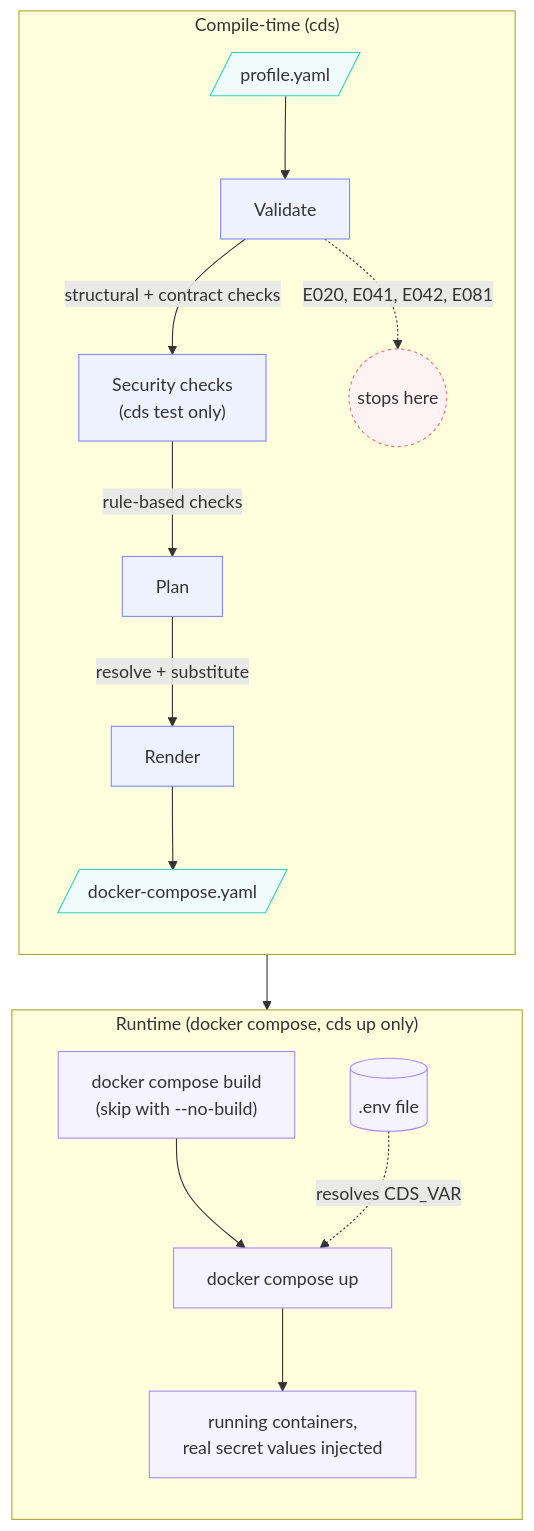
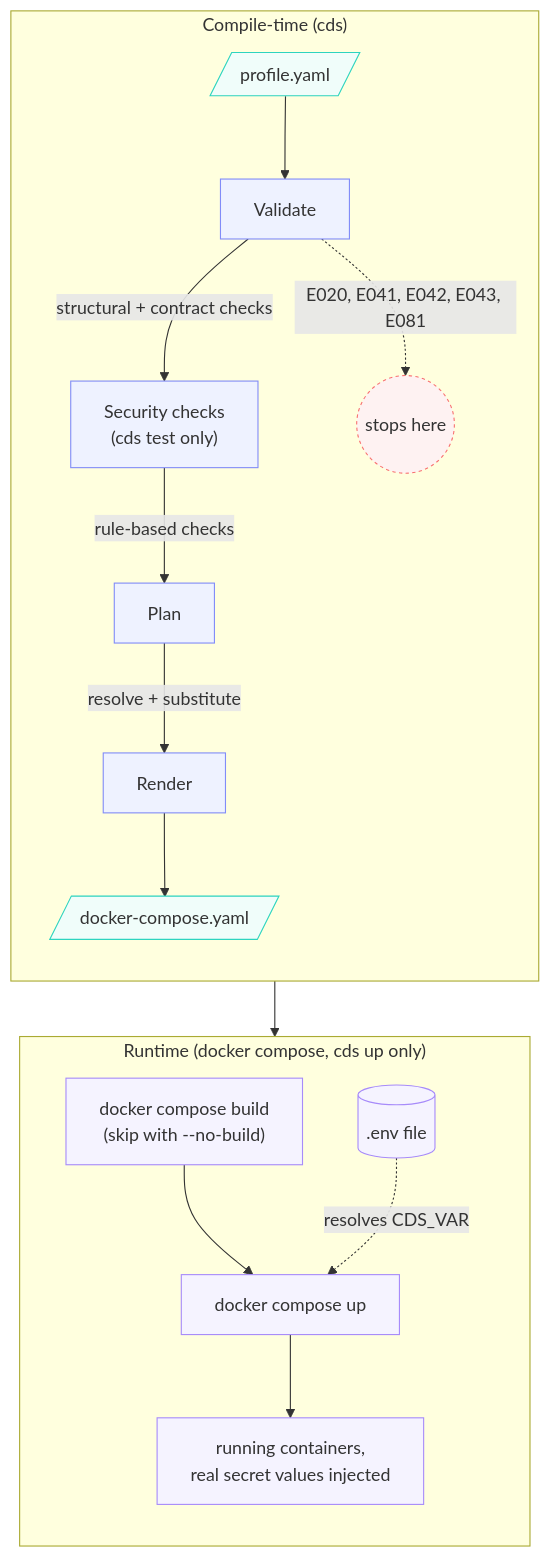
The second of 2 diagrams in README.md (RonaldHensbergen/composable-data-stack), drawn with Mermaid before and after one commit. The commit also changed other lines of this file and 6 other files, not shown here.

````diff
--- a/README.md
+++ b/README.md
@@ -153,45 +153,45 @@
 ```mermaid
 flowchart TD
     subgraph compile["Compile-time (cds)"]
         direction TB
         Profile[/profile.yaml/]
         Validate[Validate]
         Security["Security checks<br/>(cds test only)"]
         Plan[Plan]
         Render[Render]
         Compose[/docker-compose.yaml/]
         Stop1((stops here))
 
         Profile --> Validate
         Validate -->|structural + contract checks| Security
         Security -->|rule-based checks| Plan
         Plan -->|resolve + substitute| Render
         Render --> Compose
 
-        Validate -.->|E020, E041, E042, E081| Stop1
+        Validate -.->|E020, E041, E042, E043, E081| Stop1
     end
 
     subgraph runtime["Runtime (docker compose, cds up only)"]
         direction TB
         Build["docker compose build<br/>(skip with --no-build)"]
         Up["docker compose up"]
         Env[(".env file")]
         Containers["running containers,<br/>real secret values injected"]
 
         Build --> Up
         Env -.->|resolves CDS_VAR| Up
         Up --> Containers
     end
 
     Compose --> Build
 
     classDef stage stroke:#818cf8,fill:#eef2ff
     classDef artifact stroke:#2dd4bf,fill:#f0fdfa
     classDef stop stroke:#f87171,fill:#fef2f2,stroke-dasharray: 3 3
     classDef runtimeNode stroke:#a78bfa,fill:#f5f3ff
 
     class Validate,Security,Plan,Render stage
     class Profile,Compose artifact
     class Stop1 stop
     class Build,Up,Env,Containers runtimeNode
 ```
````
